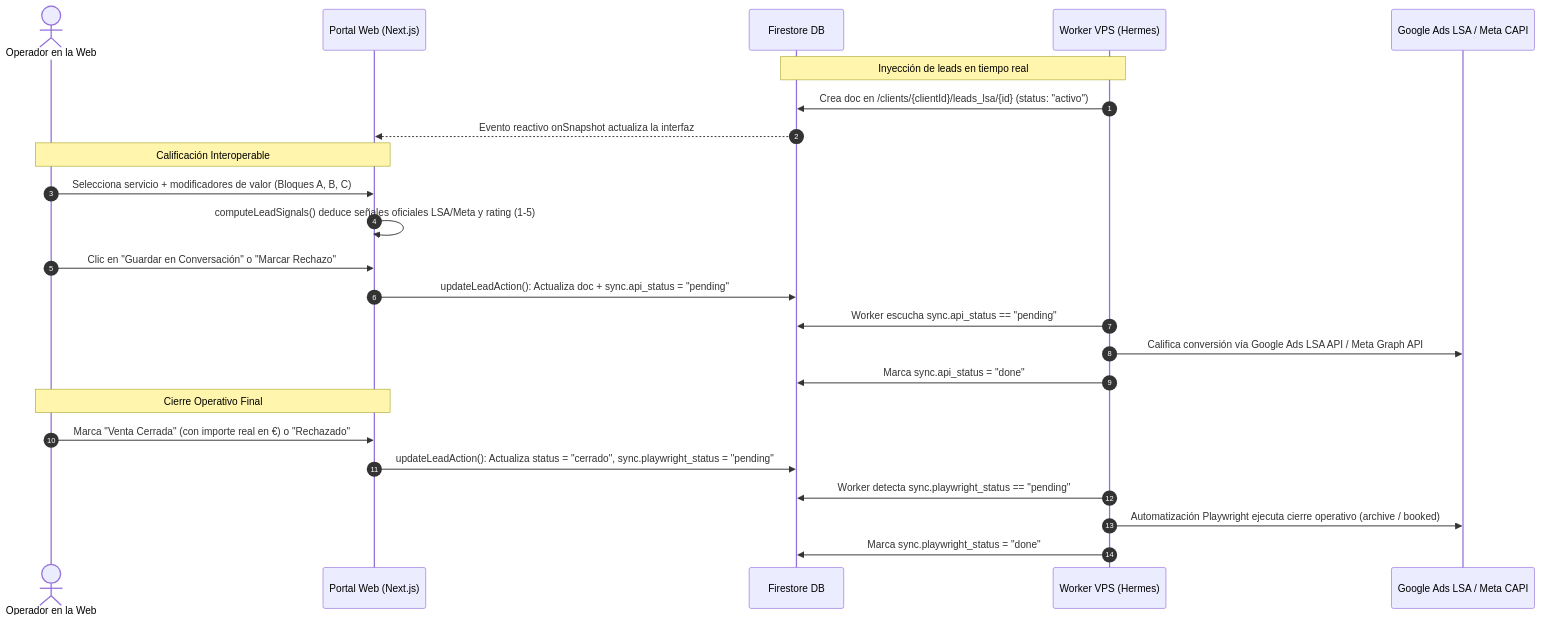
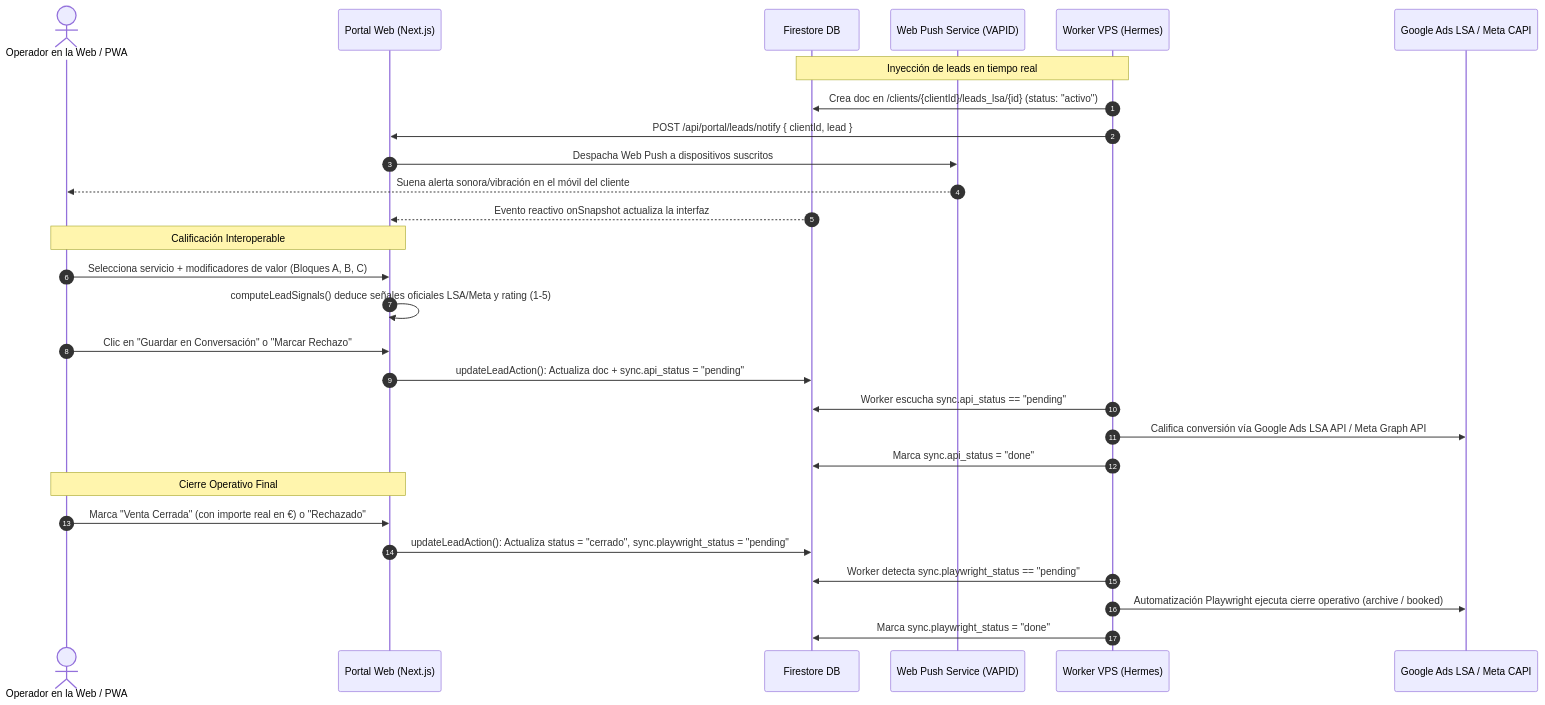
Before and after one commit to zentryoff-art/edp: the first of 2 diagrams in docs/PIPELINE_CALIFICACION_HERMES.md, drawn with Mermaid. The commit also changed other lines of this file and 1 other file, not shown here.

Commit message:
docs: anadir guia de onboarding de clientes y actualizar pipeline de Hermes con notificaciones push

````diff
--- a/docs/PIPELINE_CALIFICACION_HERMES.md
+++ b/docs/PIPELINE_CALIFICACION_HERMES.md
@@ -29,30 +31,34 @@
 ```mermaid
 sequenceDiagram
     autonumber
-    actor Usuario as Operador en la Web
+    actor Usuario as Operador en la Web / PWA
     participant Web as Portal Web (Next.js)
     participant DB as Firestore DB
+    participant Push as Web Push Service (VAPID)
     participant Hermes as Worker VPS (Hermes)
     participant APIs as Google Ads LSA / Meta CAPI
 
     Note over Hermes,DB: Inyección de leads en tiempo real
     Hermes->>DB: Crea doc en /clients/{clientId}/leads_lsa/{id} (status: "activo")
+    Hermes->>Web: POST /api/portal/leads/notify { clientId, lead }
+    Web->>Push: Despacha Web Push a dispositivos suscritos
+    Push-->>Usuario: Suena alerta sonora/vibración en el móvil del cliente
     DB-->>Web: Evento reactivo onSnapshot actualiza la interfaz
 
     Note over Usuario,Web: Calificación Interoperable
     Usuario->>Web: Selecciona servicio + modificadores de valor (Bloques A, B, C)
     Web->>Web: computeLeadSignals() deduce señales oficiales LSA/Meta y rating (1-5)
     Usuario->>Web: Clic en "Guardar en Conversación" o "Marcar Rechazo"
     Web->>DB: updateLeadAction(): Actualiza doc + sync.api_status = "pending"
 
     Hermes->>DB: Worker escucha sync.api_status == "pending"
     Hermes->>APIs: Califica conversión vía Google Ads LSA API / Meta Graph API
     Hermes->>DB: Marca sync.api_status = "done"
 
     Note over Usuario,Web: Cierre Operativo Final
     Usuario->>Web: Marca "Venta Cerrada" (con importe real en €) o "Rechazado"
     Web->>DB: updateLeadAction(): Actualiza status = "cerrado", sync.playwright_status = "pending"
     Hermes->>DB: Worker detecta sync.playwright_status == "pending"
     Hermes->>APIs: Automatización Playwright ejecuta cierre operativo (archive / booked)
     Hermes->>DB: Marca sync.playwright_status = "done"
 ```
````
